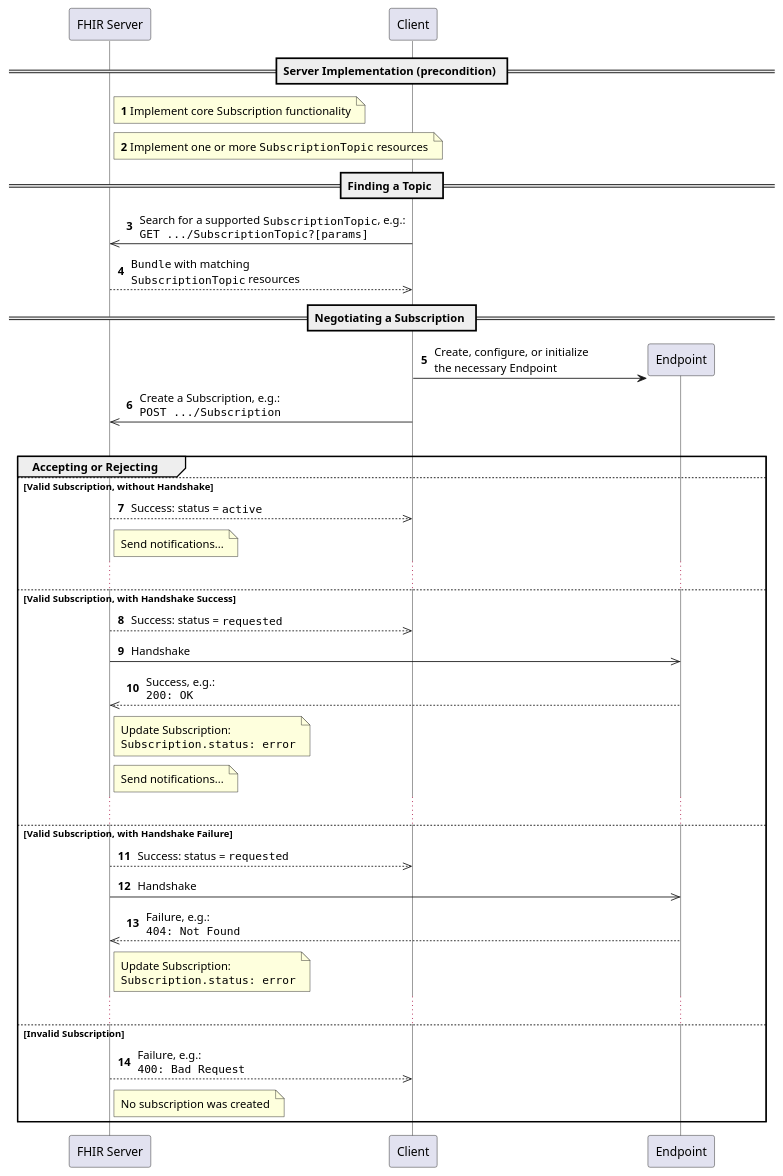
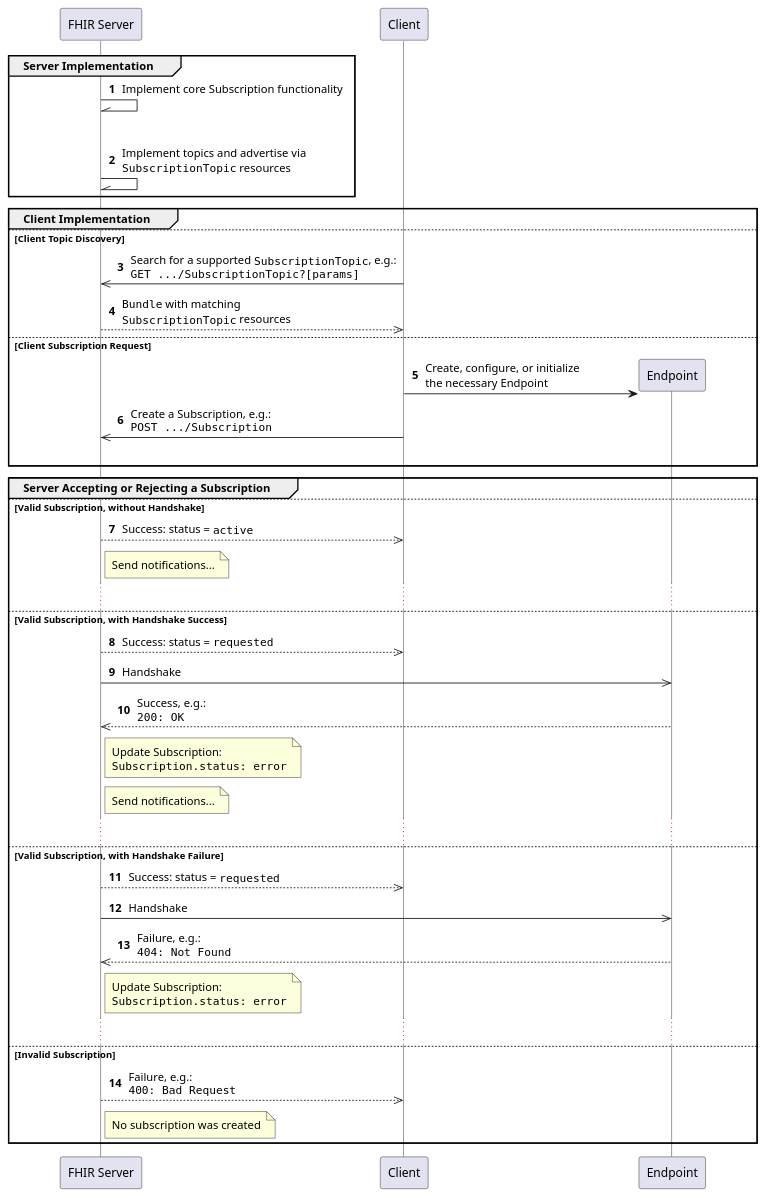
Before and after one commit to HL7/fhir-subscription-backport-ig: the diagram in input/images-source/workflow-general.plantuml, drawn with PlantUML. The commit also changed 5 other files, not shown here.

Commit message:
FHIR-30378 : Fixed operation parameter descriptions Added authors/contributors/thanks to home page Improved clarity of diagrams.

```diff
--- a/input/images-source/workflow-general.plantuml
+++ b/input/images-source/workflow-general.plantuml
@@ -1,67 +1,60 @@
 @startuml
 skinparam NoteTextAlignment left
 skinparam Padding 2
 skinparam ParticipantPadding 50
 skinparam LifelineStrategy solid
 autonumber
 
 participant "FHIR Server" as S
 participant Client      as C
 
-== Server Implementation (precondition) ==
+group Server Implementation
+  S -\\ S: Implement core Subscription functionality
+  |||
+  S -\\ S: Implement topics and advertise via\n""SubscriptionTopic"" resources
+end
 
-note right of S
-  **1** Implement core Subscription functionality
-end note
+group Client Implementation
+else Client Topic Discovery
+  C->>S: Search for a supported ""SubscriptionTopic"", e.g.:\n""GET .../SubscriptionTopic?[params]""
+  return ""Bundle"" with matching\n""SubscriptionTopic"" resources
 
-note right of S
-  **2** Implement one or more ""SubscriptionTopic"" resources
-end note
+else Client Subscription Request
+  create Endpoint as E
+  C->E: Create, configure, or initialize\nthe necessary Endpoint
+  C->>S: Create a Subscription, e.g.:\n""POST .../Subscription""
+  |||
+end
 
-== Finding a Topic ==
-
-autonumber 3
-
-C->>S: Search for a supported ""SubscriptionTopic"", e.g.:\n""GET .../SubscriptionTopic?[params]""
-return ""Bundle"" with matching\n""SubscriptionTopic"" resources
-
-== Negotiating a Subscription ==
-
-create Endpoint as E
-
-C->E: Create, configure, or initialize\nthe necessary Endpoint
-C->>S: Create a Subscription, e.g.:\n""POST .../Subscription""
-|||
-
-group Accepting or Rejecting 
+group Server Accepting or Rejecting a Subscription
 else Valid Subscription, without Handshake
   S-->>C: Success: status = ""active""
   note right of S: Send notifications...
   ...
 else Valid Subscription, with Handshake Success
   S-->>C: Success: status = ""requested""
   S->>E: Handshake
   E-->>S: Success, e.g.:\n""200: OK""
   note right of S
     Update Subscription:
     ""Subscription.status: error""
   end note
   note right of S: Send notifications...
   ...
 else Valid Subscription, with Handshake Failure
   S-->>C: Success: status = ""requested""
   S->>E: Handshake
   E-->>S: Failure, e.g.:\n""404: Not Found""
   note right of S
     Update Subscription:
     ""Subscription.status: error""
   end note
   ...
 else Invalid Subscription
   S-->>C: Failure, e.g.:\n""400: Bad Request""
   note right of S
     No subscription was created
   end note
 end
 
 @enduml
```
